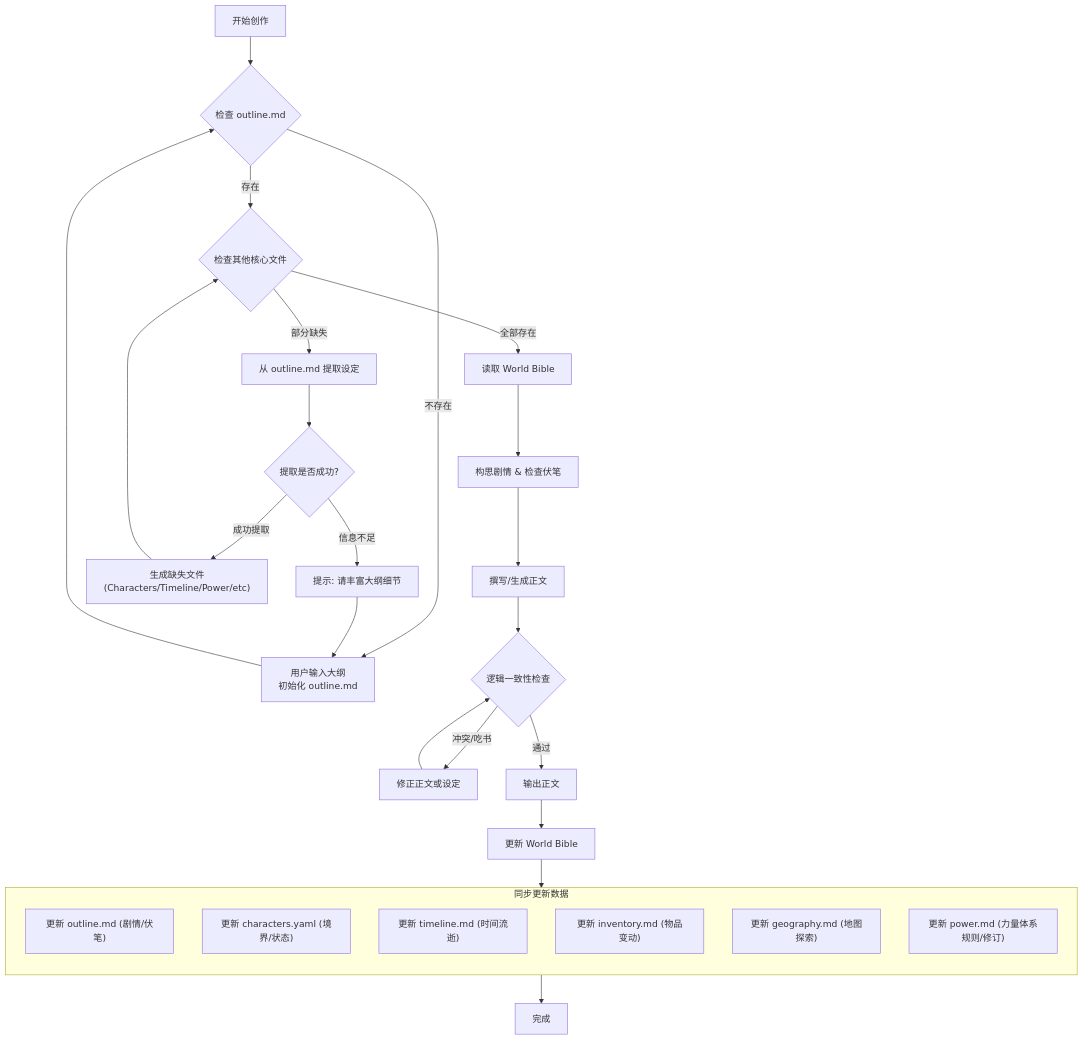
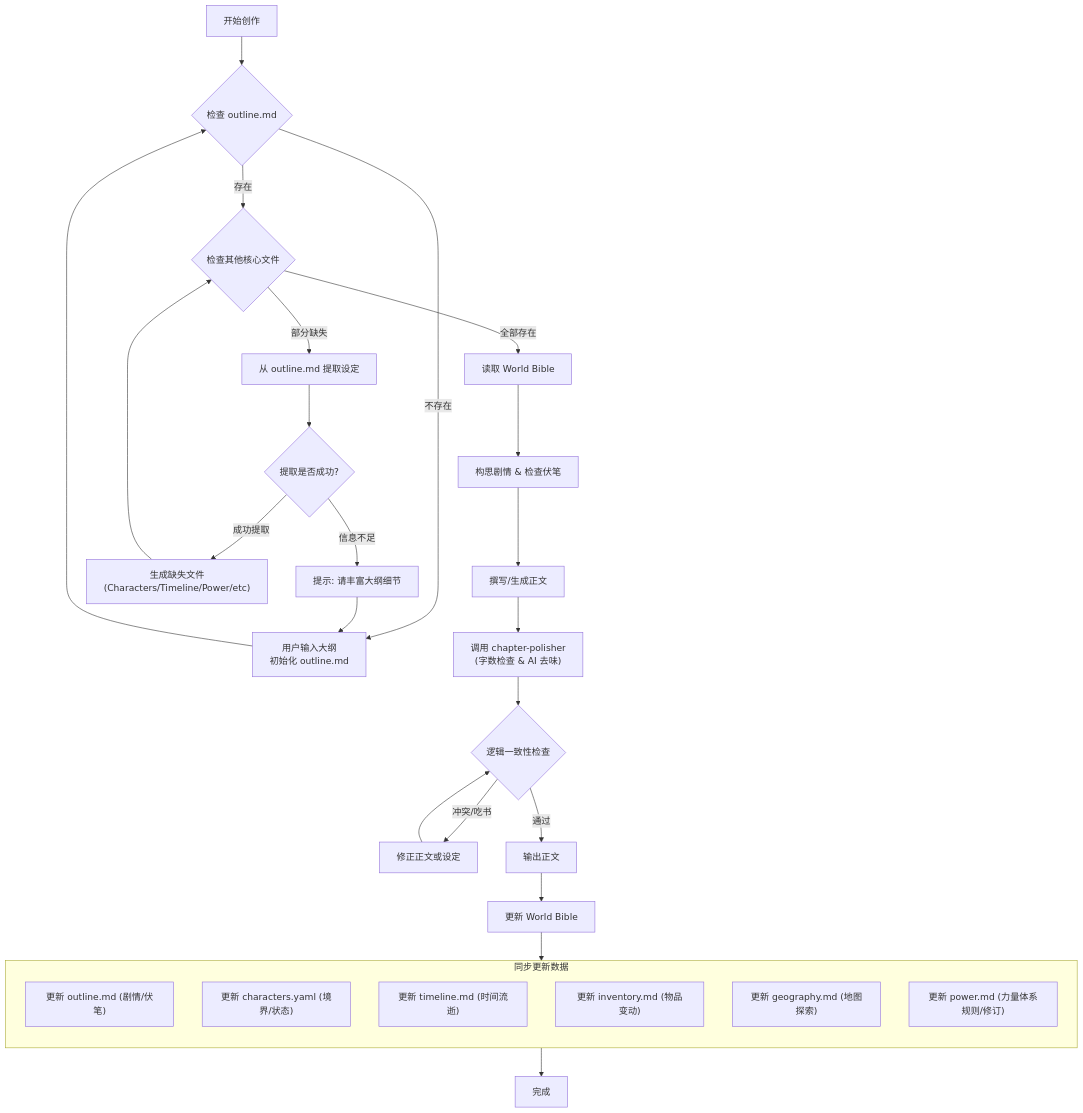
One commit to tiger-yi/novel-assistant changed the diagram in AGENTS.md. Above: the diagram before and after it, drawn with Mermaid. The commit also changed other lines of this file, not shown here.

````diff
--- a/AGENTS.md
+++ b/AGENTS.md
@@ -33,43 +33,44 @@
 ```mermaid
 flowchart TD
     Start["开始创作"] --> CheckOutline{"检查 outline.md"}
 
     CheckOutline -->|"不存在"| InputOutline["用户输入大纲\n初始化 outline.md"]
     InputOutline --> CheckOutline
 
     CheckOutline -->|"存在"| CheckOthers{"检查其他核心文件"}
     
     CheckOthers -->|"部分缺失"| Extract["从 outline.md 提取设定"]
     Extract --> VerifyExtract{"提取是否成功?"}
     
     VerifyExtract -->|"信息不足"| RequestUpdate["提示: 请丰富大纲细节"]
     RequestUpdate --> InputOutline
     
     VerifyExtract -->|"成功提取"| Generate["生成缺失文件\n(Characters/Timeline/Power/etc)"]
     Generate --> CheckOthers
     
     CheckOthers -->|"全部存在"| Read["读取 World Bible"]
 
     Read --> Plan["构思剧情 & 检查伏笔"]
     Plan --> Draft["撰写/生成正文"]
-    Draft --> Verify{"逻辑一致性检查"}
+    Draft --> Polish["调用 chapter-polisher\n(字数检查 & AI 去味)"]
+    Polish --> Verify{"逻辑一致性检查"}
     
     Verify -->|"冲突/吃书"| Fix["修正正文或设定"]
     Fix --> Verify
     
     Verify -->|"通过"| Publish["输出正文"]
     Publish --> Update["更新 World Bible"]
     
     subgraph UpdateBible ["同步更新数据"]
         direction TB
         U1["更新 outline.md (剧情/伏笔)"]
         U2["更新 characters.yaml (境界/状态)"]
         U3["更新 timeline.md (时间流逝)"]
         U4["更新 inventory.md (物品变动)"]
         U5["更新 geography.md (地图探索)"]
         U6["更新 power.md (力量体系规则/修订)"]
     end
     
     Update --> UpdateBible
     UpdateBible --> Finish["完成"]
 ```
````
